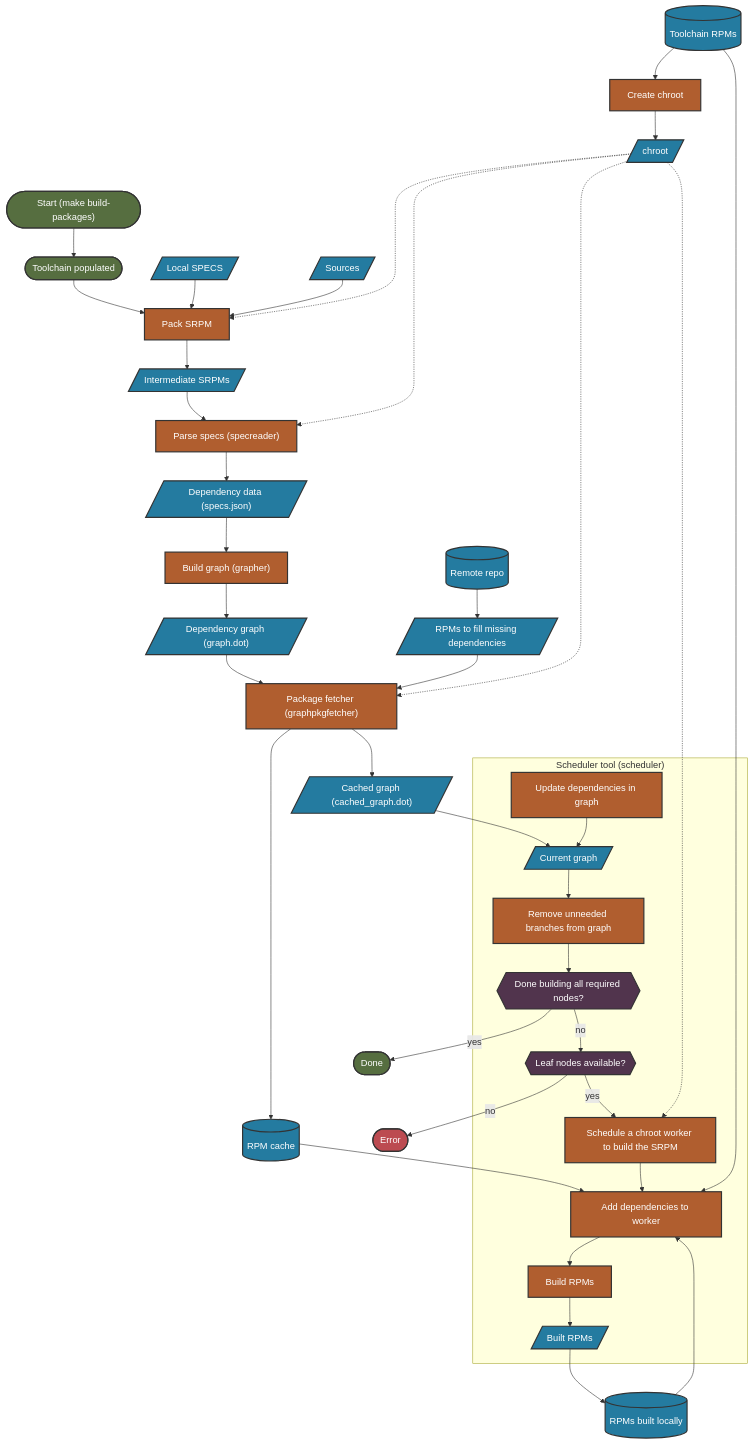
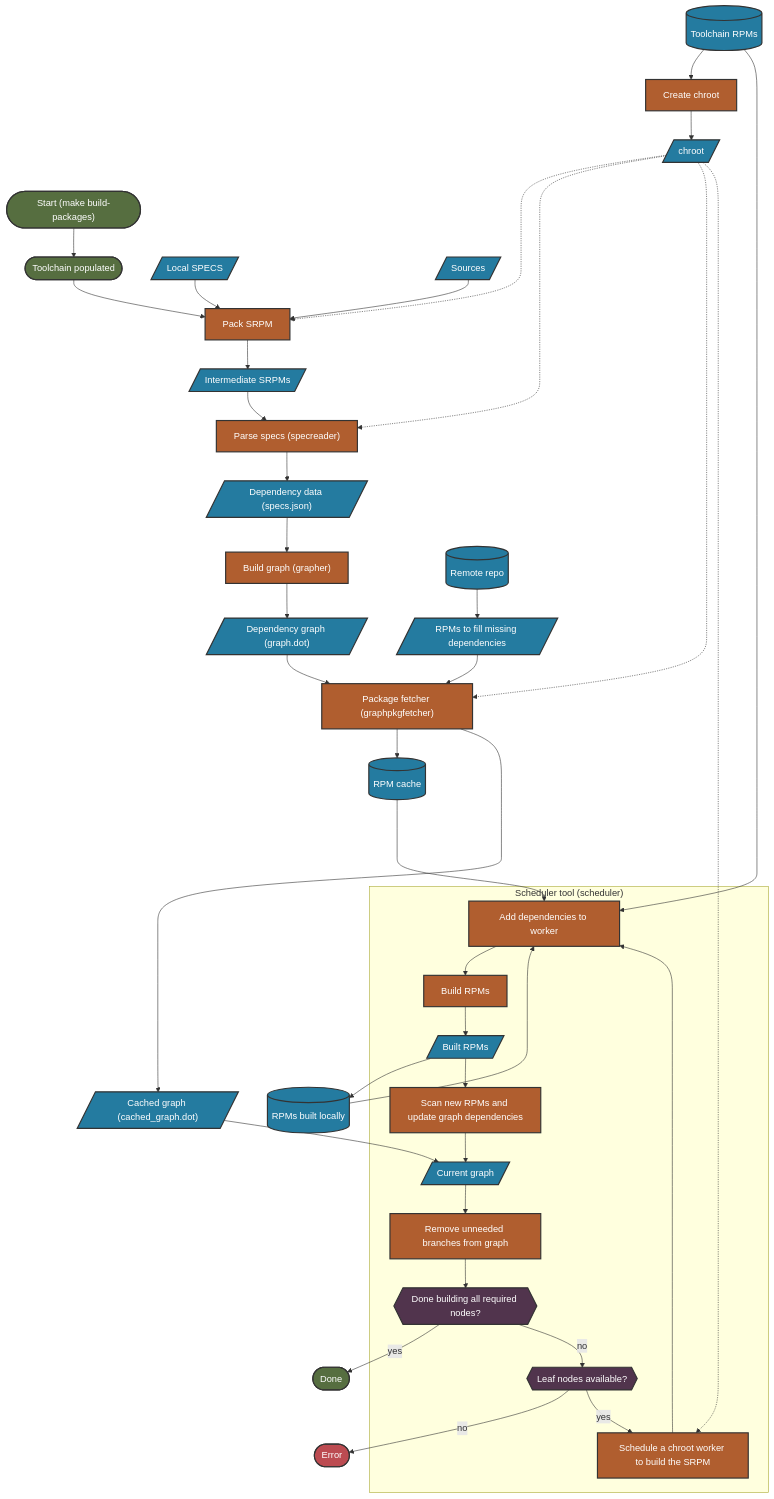
One commit to microsoft/azurelinux changed the fifth of 6 diagrams in toolkit/docs/how_it_works/0_intro.md. Above: the diagram before and after it, drawn with Mermaid.

Commit message:
Add back loop to current graph

````diff
--- a/toolkit/docs/how_it_works/0_intro.md
+++ b/toolkit/docs/how_it_works/0_intro.md
@@ -203,32 +203,25 @@
 
     %% Rpms flow
     start --> tcPopulated
-    tcPopulated --> packSRPM
-    sources --> packSRPM
-    localSpecs --> packSRPM
+    tcPopulated & sources & localSpecs --> packSRPM
     packSRPM --> iSRPMs
     iSRPMs --> parse
     parse --> specjson
     specjson --> buildGraph
     buildGraph --> depGraph
-    depGraph --> pkgFetcher
     remoteRepo --> missingDep
-    missingDep --> pkgFetcher
-    pkgFetcher --> rpmCache
-    pkgFetcher --> cacheGraph
+    depGraph & missingDep --> pkgFetcher
+    pkgFetcher --> rpmCache & cacheGraph
+    tcRPMs --> createChroot
     createChroot --> chroot
-    tcRPMs --> createChroot
-    chroot -...->packSRPM
-    chroot -...->parse
-    chroot -...->pkgFetcher
-    chroot -...-> worker
-    outRPMS --> getDeps
+    chroot -...-> packSRPM & parse & pkgFetcher & worker
     builtRPMs --> outRPMS
     doneBuild -->|yes| done
     leafNodesAvail -->|no| error
     cacheGraph --> currentGraph
-    rpmCache --> getDeps
     tcRPMs --> getDeps
+    rpmCache ----> getDeps
+    outRPMS --> getDeps
 
     %% Subgraph for scheduler
         %% scheduler nodes
@@ -239,7 +232,7 @@
         leafNodesAvail{{Leaf nodes available?}}:::decision
         worker[Schedule a chroot worker to build the SRPM]:::process
         builtRPMs[/Built RPMs/]:::io
-        updateDeps[Update dependencies in graph]:::process
+        updateDeps[Scan new RPMs and update graph dependencies]:::process
         getDeps[Add dependencies to worker]:::process
 
         %% scheduler flow
@@ -251,7 +244,8 @@
         worker --> getDeps
         getDeps --> buildRPMs
         buildRPMs --> builtRPMs
-
+        builtRPMs --> updateDeps
         end
     %% end of scheduler
+
 ```
````
